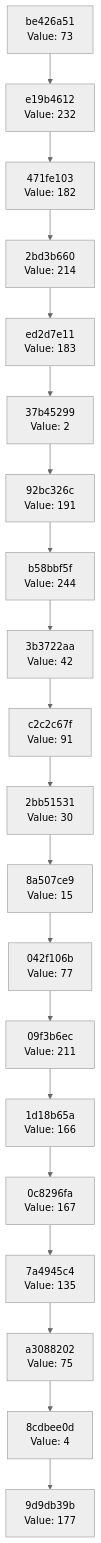
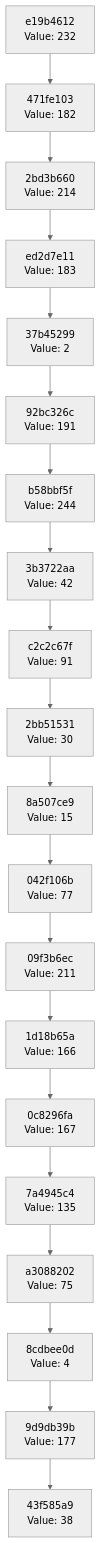
One commit to Abhisheksinha1506/hash-chain-evolver changed the diagram in docs/CHAIN_VISUALIZATION.md. Above: the diagram before and after it, drawn with Mermaid (neutral theme). The commit also changed 3 other files, not shown here.

````diff
--- a/docs/CHAIN_VISUALIZATION.md
+++ b/docs/CHAIN_VISUALIZATION.md
@@ -3,42 +3,42 @@
 ```mermaid
 graph TD
-    C0["9d9db39b<br/>Value: 177"]
-    C1["8cdbee0d<br/>Value: 4"]
+    C0["43f585a9<br/>Value: 38"]
+    C1["9d9db39b<br/>Value: 177"]
     C1 --> C0
-    C2["a3088202<br/>Value: 75"]
+    C2["8cdbee0d<br/>Value: 4"]
     C2 --> C1
-    C3["7a4945c4<br/>Value: 135"]
+    C3["a3088202<br/>Value: 75"]
     C3 --> C2
-    C4["0c8296fa<br/>Value: 167"]
+    C4["7a4945c4<br/>Value: 135"]
     C4 --> C3
-    C5["1d18b65a<br/>Value: 166"]
+    C5["0c8296fa<br/>Value: 167"]
     C5 --> C4
-    C6["09f3b6ec<br/>Value: 211"]
+    C6["1d18b65a<br/>Value: 166"]
     C6 --> C5
-    C7["042f106b<br/>Value: 77"]
+    C7["09f3b6ec<br/>Value: 211"]
     C7 --> C6
-    C8["8a507ce9<br/>Value: 15"]
+    C8["042f106b<br/>Value: 77"]
     C8 --> C7
-    C9["2bb51531<br/>Value: 30"]
+    C9["8a507ce9<br/>Value: 15"]
     C9 --> C8
-    C10["c2c2c67f<br/>Value: 91"]
+    C10["2bb51531<br/>Value: 30"]
     C10 --> C9
-    C11["3b3722aa<br/>Value: 42"]
+    C11["c2c2c67f<br/>Value: 91"]
     C11 --> C10
-    C12["b58bbf5f<br/>Value: 244"]
+    C12["3b3722aa<br/>Value: 42"]
     C12 --> C11
-    C13["92bc326c<br/>Value: 191"]
+    C13["b58bbf5f<br/>Value: 244"]
     C13 --> C12
-    C14["37b45299<br/>Value: 2"]
+    C14["92bc326c<br/>Value: 191"]
     C14 --> C13
-    C15["ed2d7e11<br/>Value: 183"]
+    C15["37b45299<br/>Value: 2"]
     C15 --> C14
-    C16["2bd3b660<br/>Value: 214"]
+    C16["ed2d7e11<br/>Value: 183"]
     C16 --> C15
-    C17["471fe103<br/>Value: 182"]
+    C17["2bd3b660<br/>Value: 214"]
     C17 --> C16
-    C18["e19b4612<br/>Value: 232"]
+    C18["471fe103<br/>Value: 182"]
     C18 --> C17
-    C19["be426a51<br/>Value: 73"]
+    C19["e19b4612<br/>Value: 232"]
     C19 --> C18
 ```
````
